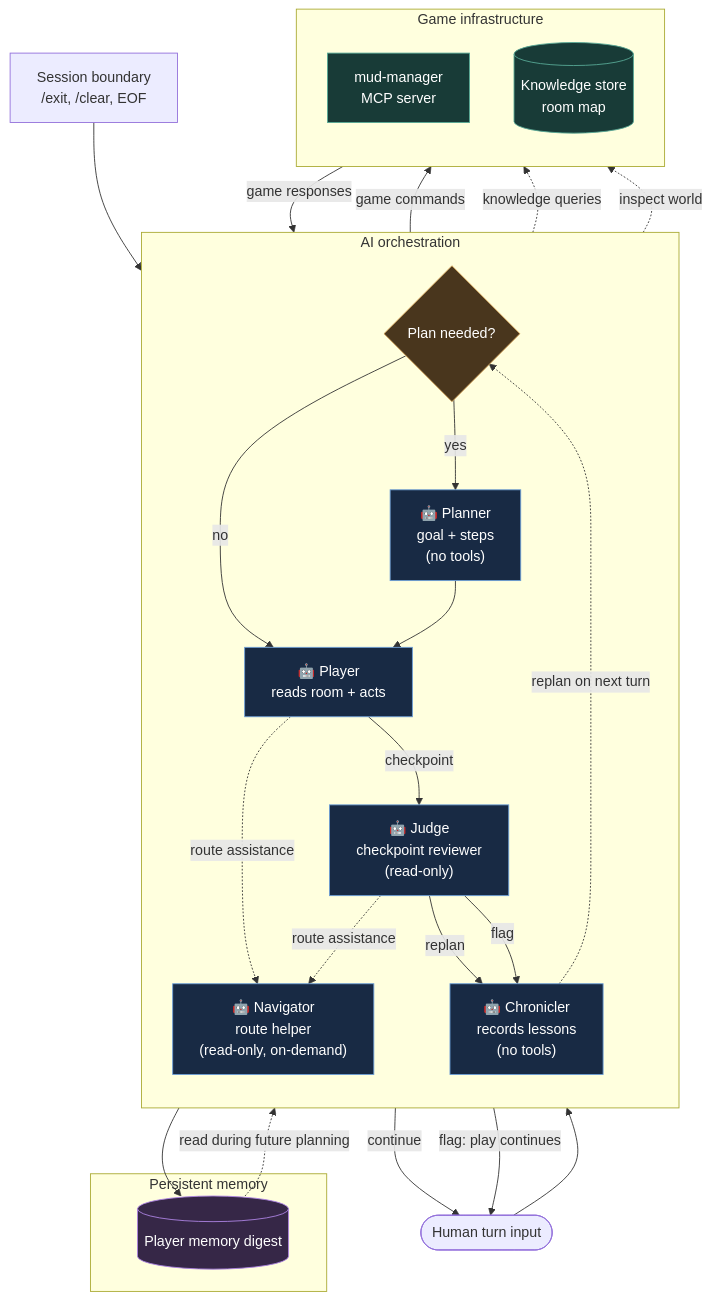
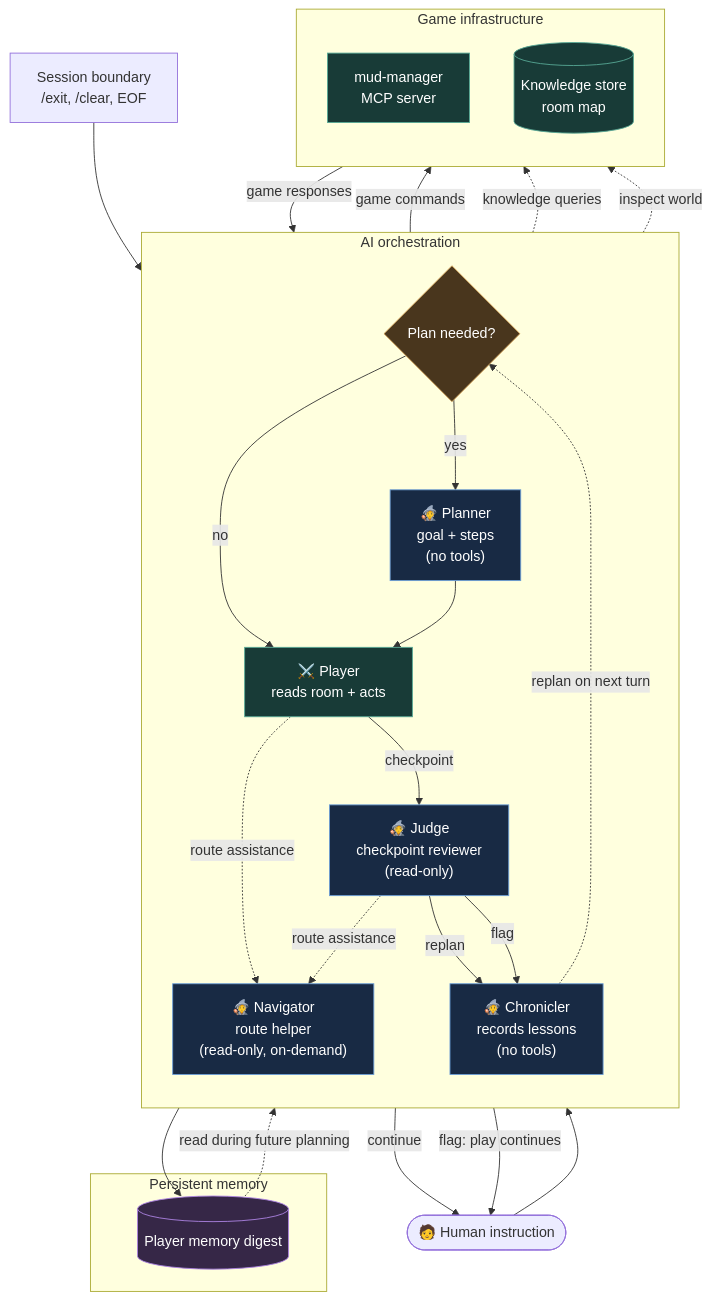
The diagram in README.md (asuleman-cyber/boukensha-multi-agent), drawn with Mermaid before and after one commit.

Commit message:
Update Architecture Diagram and text

````diff
--- a/README.md
+++ b/README.md
@@ -42,61 +43,63 @@
 ```mermaid
 %%{init: {"flowchart": {"useMaxWidth": false}}}%%
 flowchart TD
-    Input([Human turn input])
+    Input(["🧑 Human instruction"])
 
     subgraph Orchestration["AI orchestration"]
         direction TB
         PlanGate{"Plan needed?"}
-        Planner["🤖 Planner<br/>goal + steps<br/>(no tools)"]
-        Player["🤖 Player<br/>reads room + acts"]
-        Navigator["🤖 Navigator<br/>route helper<br/>(read-only, on-demand)"]
-        Judge["🤖 Judge<br/>checkpoint reviewer<br/>(read-only)"]
-        Chronicler["🤖 Chronicler<br/>records lessons<br/>(no tools)"]
+        Planner["🧙 Planner<br/>goal + steps<br/>(no tools)"]
+        Player["⚔️ Player<br/>reads room + acts"]
+        Navigator["🧙 Navigator<br/>route helper<br/>(read-only, on-demand)"]
+        Judge["🧙 Judge<br/>checkpoint reviewer<br/>(read-only)"]
+        Chronicler["🧙 Chronicler<br/>records lessons<br/>(no tools)"]
     end
 
     subgraph Game["Game infrastructure"]
         direction TB
         MUD["mud-manager<br/>MCP server"]
         KB[("Knowledge store<br/>room map")]
     end
 
     subgraph Memory["Persistent memory"]
         Digest[("Player memory digest")]
     end
 
     Input --> PlanGate
     PlanGate -->|yes| Planner
     PlanGate -->|no| Player
     Planner --> Player
 
     Player -->|game commands| MUD
     MUD -->|game responses| Player
 
     Player -.->|route assistance| Navigator
     Navigator -.->|knowledge queries| KB
 
     Player -->|checkpoint| Judge
     Judge -.->|inspect world| KB
     Judge -.->|route assistance| Navigator
 
     Judge -->|continue| Input
     Judge -->|replan| Chronicler
     Judge -->|flag| Chronicler
     Judge -->|flag: play continues| Input
 
     Boundary["Session boundary<br/>/exit, /clear, EOF"] --> Chronicler
 
     Chronicler --> Digest
     Digest -.->|read during future planning| Planner
     Chronicler -.->|replan on next turn| PlanGate
 
     classDef agent fill:#182A44,stroke:#6C9ED6,color:#FFFFFF
+    classDef player fill:#183B37,stroke:#57A995,color:#FFFFFF
     classDef game fill:#183B37,stroke:#57A995,color:#FFFFFF
     classDef memory fill:#362747,stroke:#AD83E3,color:#FFFFFF
     classDef decision fill:#49361D,stroke:#D9A95C,color:#FFFFFF
 
-    class Planner,Player,Navigator,Judge,Chronicler agent
+    class Planner,Navigator,Judge,Chronicler agent
+    class Player player
     class MUD,KB game
     class Digest memory
     class PlanGate decision
 ```
````
